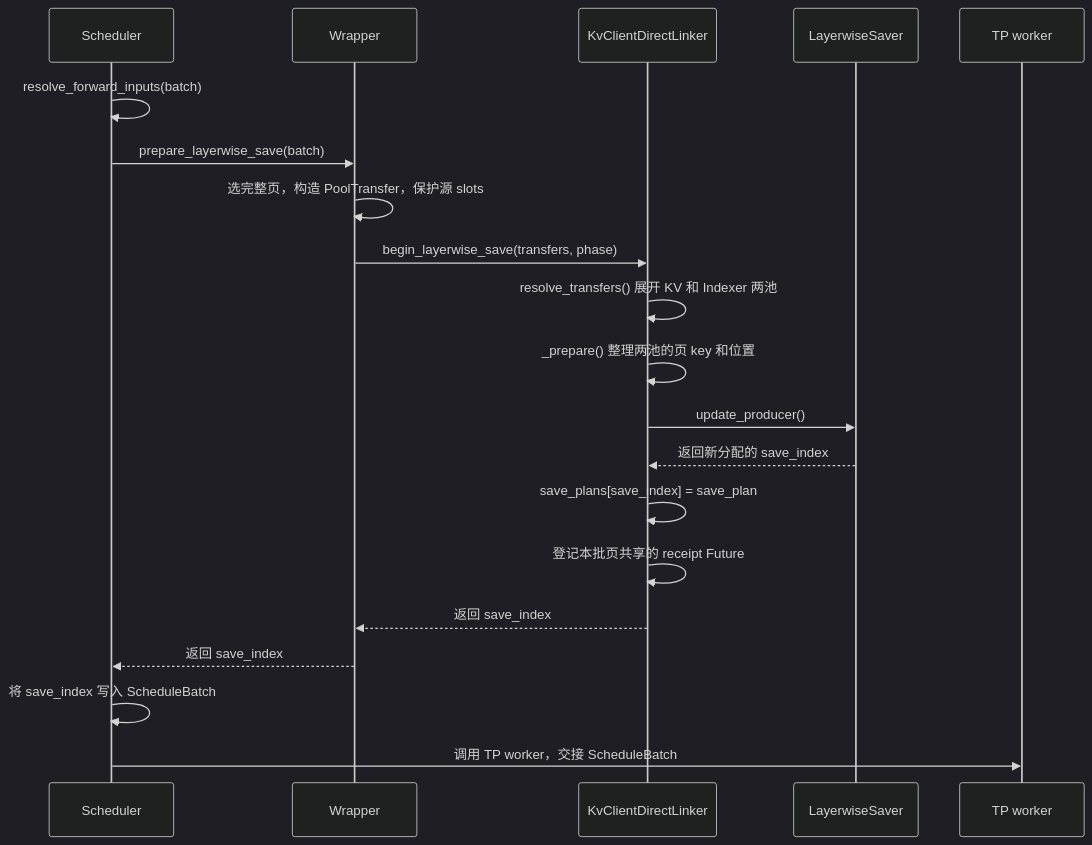
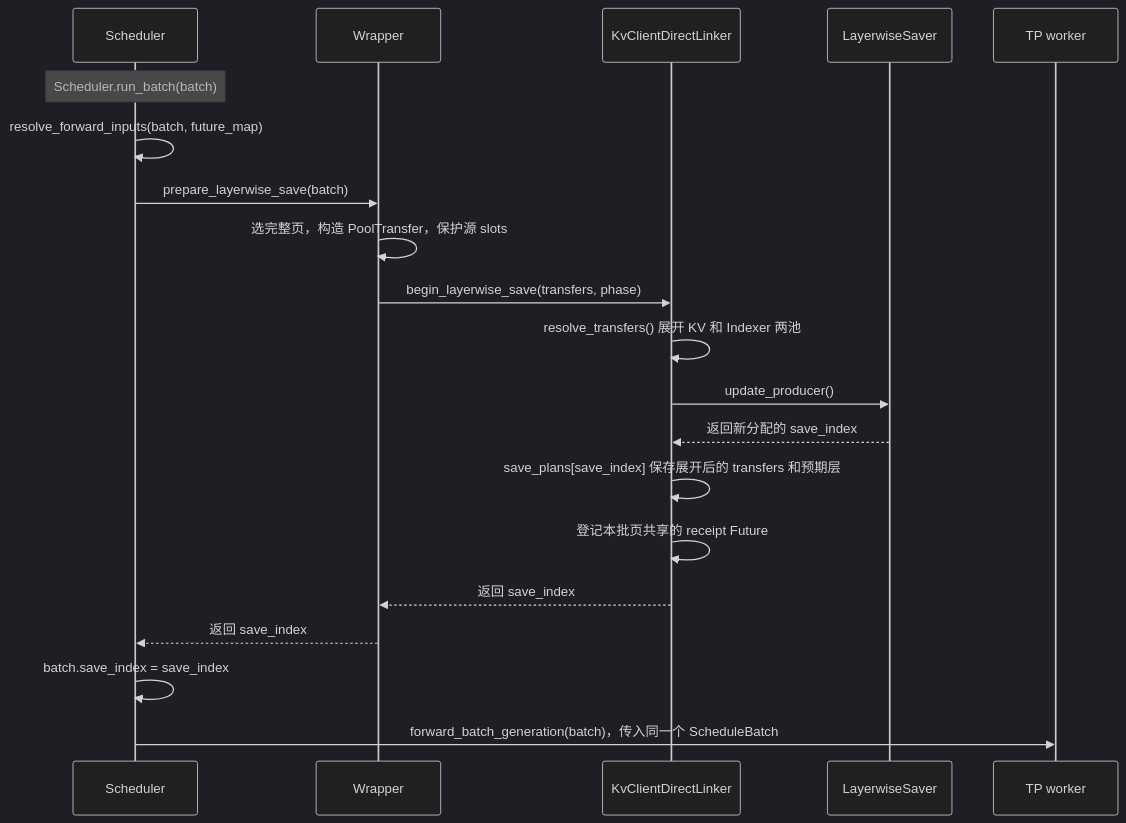
Diagram 20 of 26 in kv_client_linker_backend_design.md (yuanzhg078/sglang), drawn with Mermaid (dark theme) before and after one commit. The commit also changed other lines of this file and 1 other file, not shown here.

````diff
--- a/kv_client_linker_backend_design.md
+++ b/kv_client_linker_backend_design.md
@@ -1259,23 +1261,23 @@
 ```mermaid
 sequenceDiagram
     participant S as Scheduler
     participant W as Wrapper
     participant L as KvClientDirectLinker
     participant V as LayerwiseSaver
     participant T as TP worker
 
-    S->>S: resolve_forward_inputs(batch)
+    Note over S: Scheduler.run_batch(batch)
+    S->>S: resolve_forward_inputs(batch, future_map)
     S->>W: prepare_layerwise_save(batch)
     W->>W: 选完整页，构造 PoolTransfer，保护源 slots
     W->>L: begin_layerwise_save(transfers, phase)
     L->>L: resolve_transfers() 展开 KV 和 Indexer 两池
-    L->>L: _prepare() 整理两池的页 key 和位置
     L->>V: update_producer()
     V-->>L: 返回新分配的 save_index
-    L->>L: save_plans[save_index] = save_plan
+    L->>L: save_plans[save_index] 保存展开后的 transfers 和预期层
     L->>L: 登记本批页共享的 receipt Future
     L-->>W: 返回 save_index
     W-->>S: 返回 save_index
-    S->>S: 将 save_index 写入 ScheduleBatch
-    S->>T: 调用 TP worker，交接 ScheduleBatch
+    S->>S: batch.save_index = save_index
+    S->>T: forward_batch_generation(batch)，传入同一个 ScheduleBatch
 ```
````
